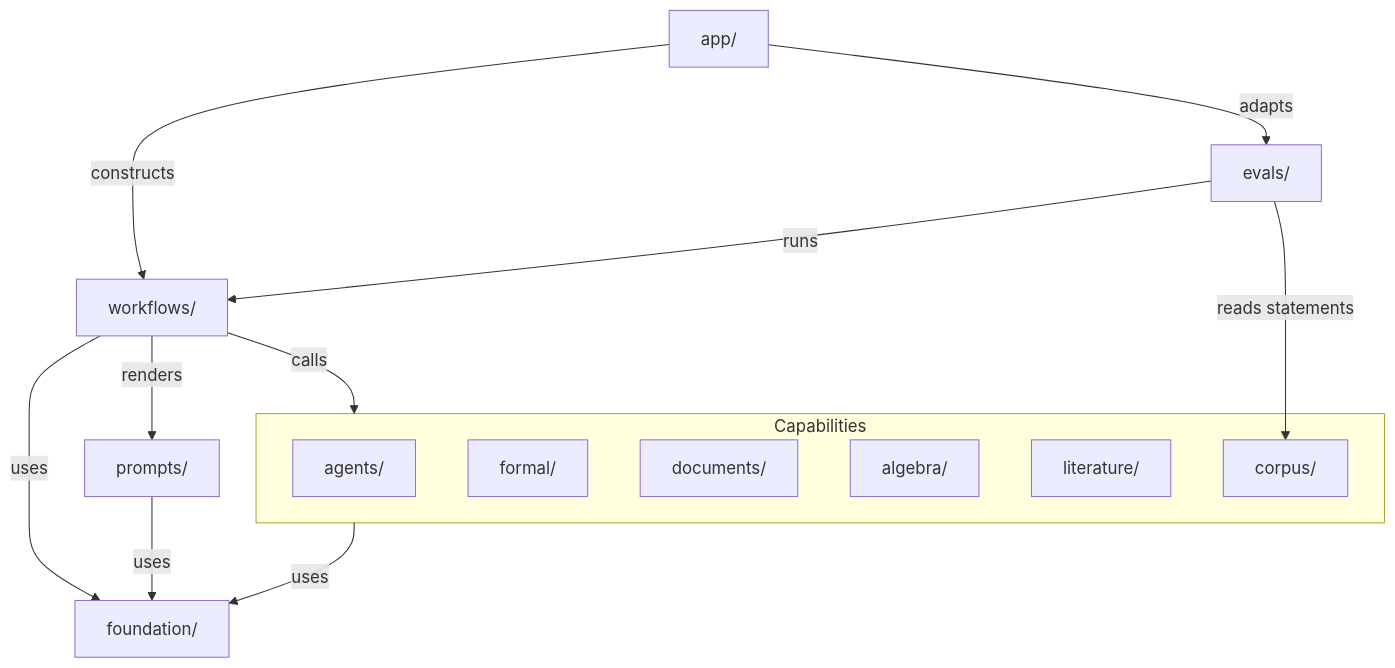
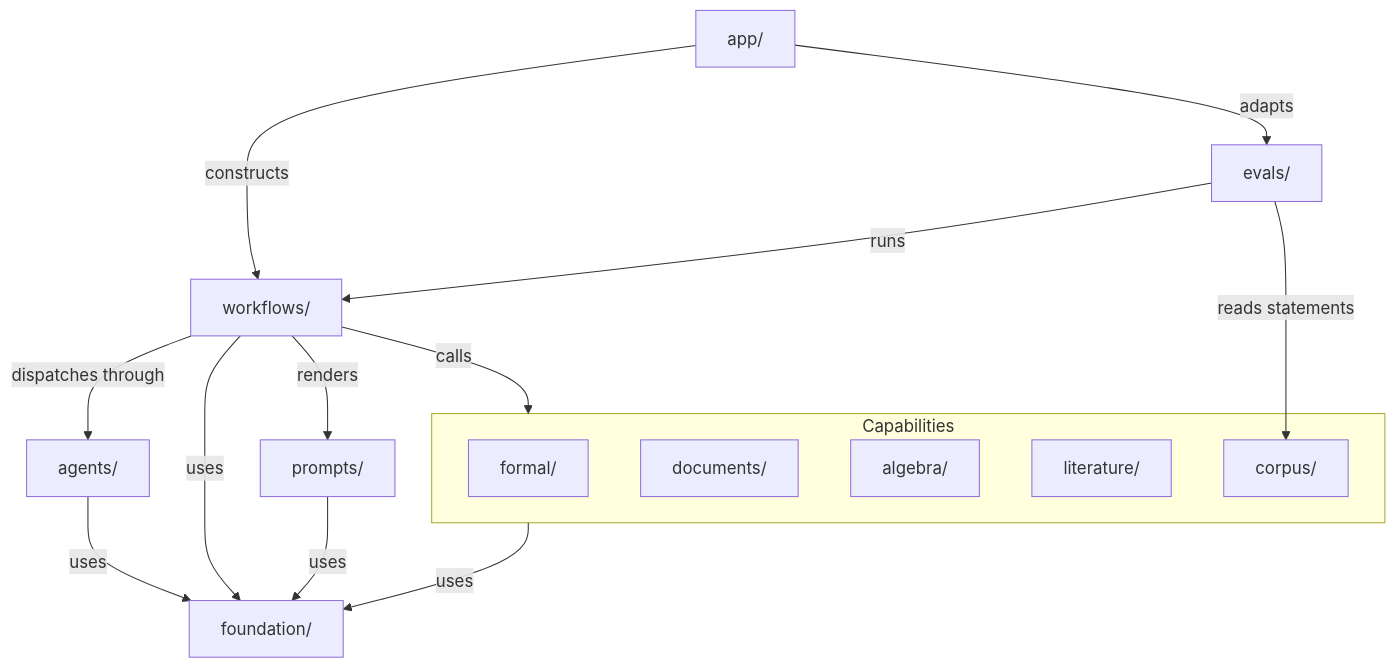
The second of 2 diagrams in docs/design/overview.md (charlesmsiegel/hardy), drawn with Mermaid before and after one commit. The commit also changed other lines of this file and 1 other file, not shown here.

````diff
--- a/docs/design/overview.md
+++ b/docs/design/overview.md
@@ -103,27 +112,29 @@
 ```mermaid
 flowchart TD
     app["app/"]
     evals["evals/"]
     workflows["workflows/"]
+    agents["agents/"]
     prompts["prompts/"]
     foundation["foundation/"]
 
     subgraph capabilities [Capabilities]
-        agents["agents/"]
         formal["formal/"]
         documents["documents/"]
         algebra["algebra/"]
         literature["literature/"]
         corpus["corpus/"]
     end
 
     app -->|constructs| workflows
     app -->|adapts| evals
     evals -->|runs| workflows
     evals -->|reads statements| corpus
     workflows -->|calls| capabilities
+    workflows -->|dispatches through| agents
     workflows -->|renders| prompts
     capabilities -->|uses| foundation
+    agents -->|uses| foundation
     workflows -->|uses| foundation
     prompts -->|uses| foundation
 ```
````
